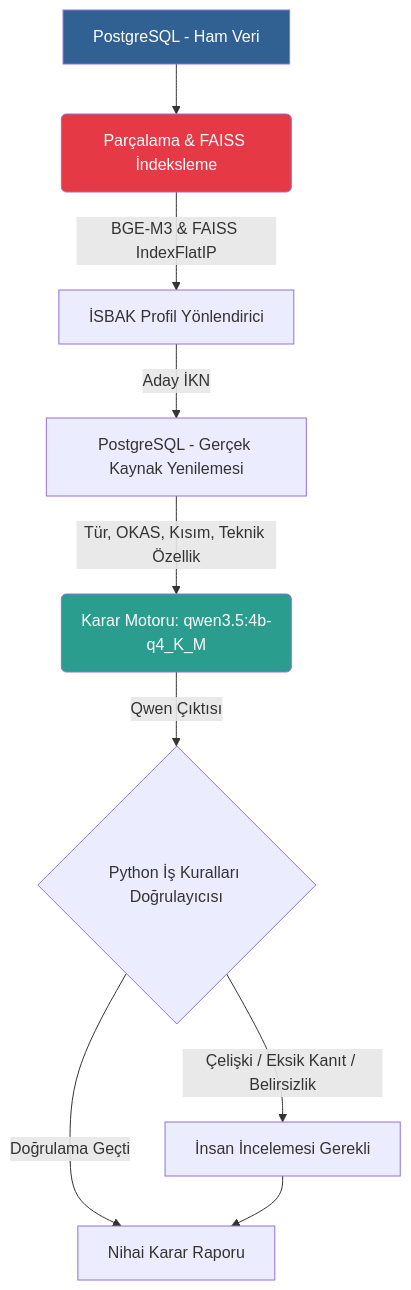
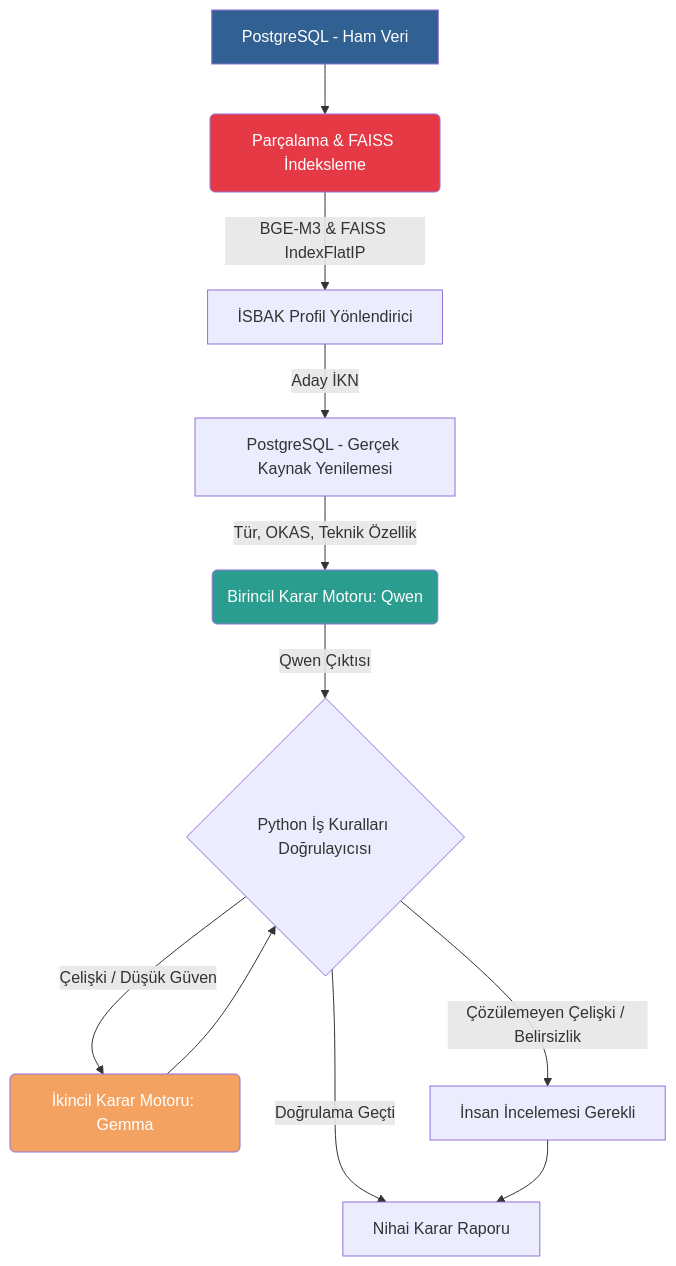
The diagram in README.md (mertevran/ekap_llm), drawn with Mermaid before and after one commit. The commit also changed other lines of this file, not shown here.

````diff
--- a/README.md
+++ b/README.md
@@ -41,16 +42,21 @@
 ```mermaid
 graph TD
     A[PostgreSQL - Ham Veri] --> B(Parçalama & FAISS İndeksleme)
     B -->|BGE-M3 & FAISS IndexFlatIP| C[İSBAK Profil Yönlendirici]
     C -->|Aday İKN| H[PostgreSQL - Gerçek Kaynak Yenilemesi]
-    H -->|Tür, OKAS, Kısım, Teknik Özellik| D(Karar Motoru: qwen3.5:4b-q4_K_M)
+    
+    H -->|Tür, OKAS, Teknik Özellik| D(Birincil Karar Motoru: Qwen)
     
     D -->|Qwen Çıktısı| E{Python İş Kuralları Doğrulayıcısı}
+    E -->|Çelişki / Düşük Güven| G(İkincil Karar Motoru: Gemma)
+    G --> E
+    
     E -->|Doğrulama Geçti| F[Nihai Karar Raporu]
-    E -->|Çelişki / Eksik Kanıt / Belirsizlik| I[İnsan İncelemesi Gerekli]
+    E -->|Çözülemeyen Çelişki / Belirsizlik| I[İnsan İncelemesi Gerekli]
     I --> F
     
     style A fill:#316192,color:#fff
     style B fill:#e63946,color:#fff
     style D fill:#2a9d8f,color:#fff
+    style G fill:#f4a261,color:#fff
 ```
````
